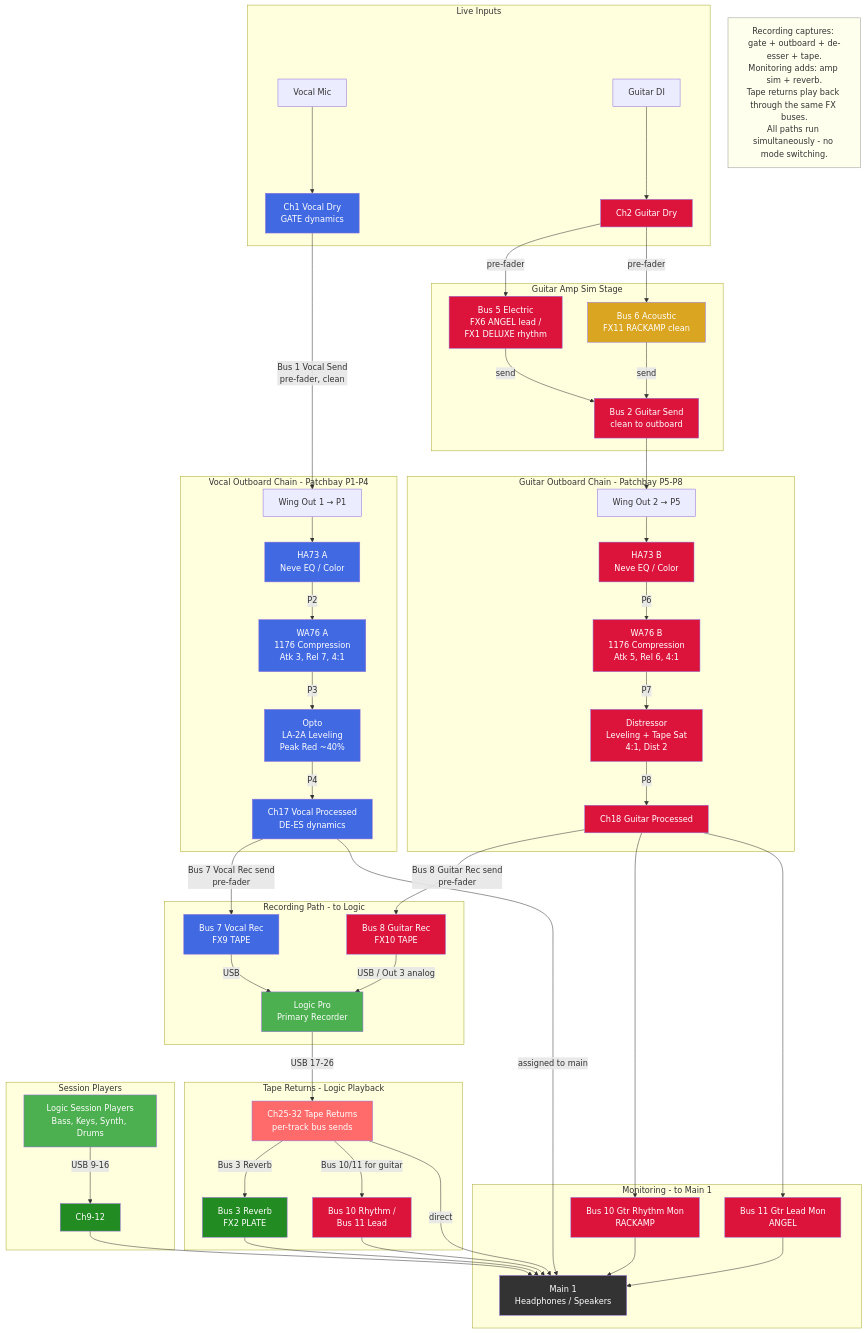
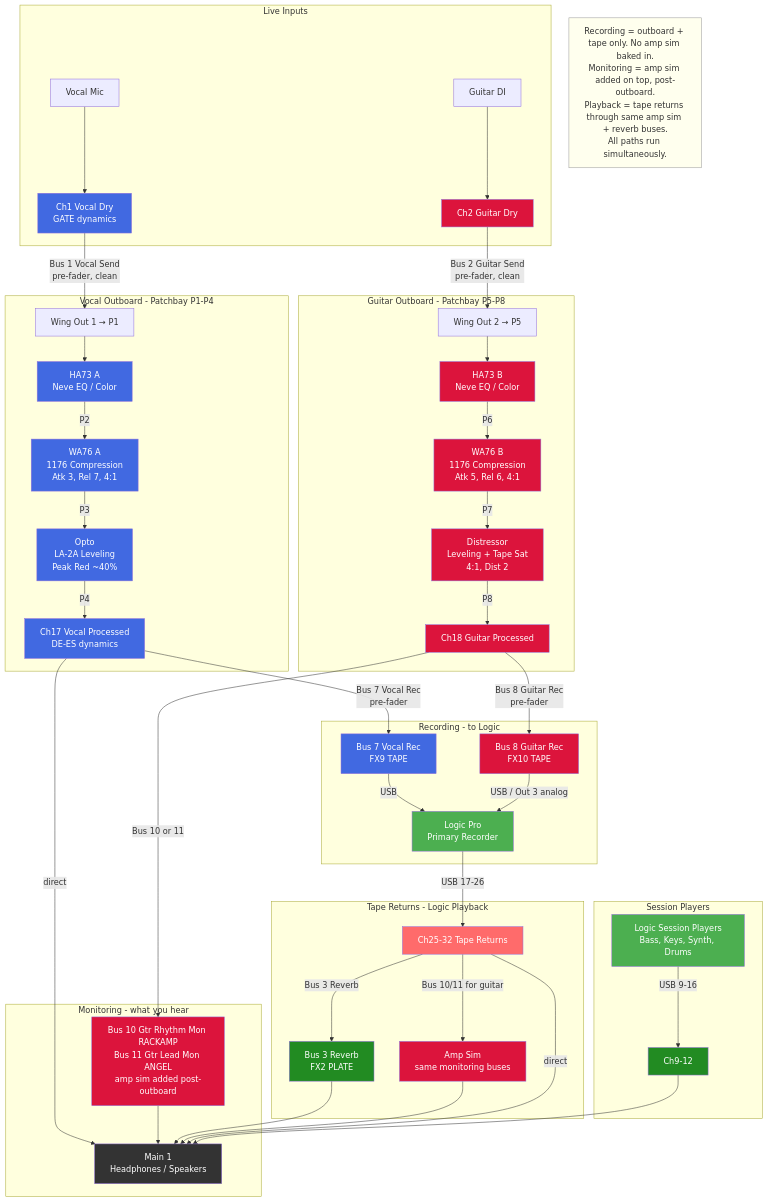
Before and after one commit to ldenman/studio-setup: the diagram in docs/signal-chains.mmd, drawn with Mermaid. The commit also changed 1 other file, not shown here.

Commit message:
Simplify signal chain diagram: remove pre-outboard amp sim stage
Guitar now goes clean through outboard (Bus 2 direct). Amp sim
only appears in the monitoring section (Bus 10/11 post-outboard)
where it belongs. Clearer flow, matches current architecture.

https://claude.ai/code/session_01AVVCHeYnbUXDFFyTioKHMt

```diff
--- a/docs/signal-chains.mmd
+++ b/docs/signal-chains.mmd
@@ -1,84 +1,71 @@
 graph TD
     subgraph Live Inputs
         MIC[Vocal Mic] --> CH1[Ch1 Vocal Dry<br/>GATE dynamics]
         DI[Guitar DI] --> CH2[Ch2 Guitar Dry]
     end
 
-    subgraph Vocal Outboard Chain - Patchbay P1-P4
+    subgraph Vocal Outboard - Patchbay P1-P4
         CH1 -->|Bus 1 Vocal Send<br/>pre-fader, clean| OUT1[Wing Out 1 → P1]
         OUT1 --> HA73A[HA73 A<br/>Neve EQ / Color]
         HA73A -->|P2| WA76A[WA76 A<br/>1176 Compression<br/>Atk 3, Rel 7, 4:1]
         WA76A -->|P3| OPTO[Opto<br/>LA-2A Leveling<br/>Peak Red ~40%]
         OPTO -->|P4| CH17[Ch17 Vocal Processed<br/>DE-ES dynamics]
     end
 
-    subgraph Guitar Amp Sim Stage
-        CH2 -->|pre-fader| BUS5[Bus 5 Electric<br/>FX6 ANGEL lead /<br/>FX1 DELUXE rhythm]
-        CH2 -->|pre-fader| BUS6[Bus 6 Acoustic<br/>FX11 RACKAMP clean]
-        BUS5 -->|send| BUS2[Bus 2 Guitar Send<br/>clean to outboard]
-        BUS6 -->|send| BUS2
-    end
-
-    subgraph Guitar Outboard Chain - Patchbay P5-P8
-        BUS2 --> OUT2[Wing Out 2 → P5]
+    subgraph Guitar Outboard - Patchbay P5-P8
+        CH2 -->|Bus 2 Guitar Send<br/>pre-fader, clean| OUT2[Wing Out 2 → P5]
         OUT2 --> HA73B[HA73 B<br/>Neve EQ / Color]
         HA73B -->|P6| WA76B[WA76 B<br/>1176 Compression<br/>Atk 5, Rel 6, 4:1]
         WA76B -->|P7| DIST[Distressor<br/>Leveling + Tape Sat<br/>4:1, Dist 2]
         DIST -->|P8| CH18[Ch18 Guitar Processed]
     end
 
-    subgraph Recording Path - to Logic
-        CH17 -->|Bus 7 Vocal Rec send<br/>pre-fader| BUS7[Bus 7 Vocal Rec<br/>FX9 TAPE]
-        CH18 -->|Bus 8 Guitar Rec send<br/>pre-fader| BUS8[Bus 8 Guitar Rec<br/>FX10 TAPE]
+    subgraph Recording - to Logic
+        CH17 -->|Bus 7 Vocal Rec<br/>pre-fader| BUS7[Bus 7 Vocal Rec<br/>FX9 TAPE]
+        CH18 -->|Bus 8 Guitar Rec<br/>pre-fader| BUS8[Bus 8 Guitar Rec<br/>FX10 TAPE]
         BUS7 -->|USB| LOGIC[Logic Pro<br/>Primary Recorder]
         BUS8 -->|USB / Out 3 analog| LOGIC
     end
 
-    subgraph Monitoring - to Main 1
-        CH17 -->|assigned to main| MAIN[Main 1<br/>Headphones / Speakers]
-        CH18 --> BUS10[Bus 10 Gtr Rhythm Mon<br/>RACKAMP]
-        CH18 --> BUS11[Bus 11 Gtr Lead Mon<br/>ANGEL]
-        BUS10 --> MAIN
-        BUS11 --> MAIN
+    subgraph Monitoring - what you hear
+        CH17 -->|direct| MAIN[Main 1<br/>Headphones / Speakers]
+        CH18 -->|Bus 10 or 11| AMP[Bus 10 Gtr Rhythm Mon RACKAMP<br/>Bus 11 Gtr Lead Mon ANGEL<br/>amp sim added post-outboard]
+        AMP --> MAIN
     end
 
     subgraph Tape Returns - Logic Playback
-        LOGIC -->|USB 17-26| TR[Ch25-32 Tape Returns<br/>per-track bus sends]
+        LOGIC -->|USB 17-26| TR[Ch25-32 Tape Returns]
         TR -->|Bus 3 Reverb| BUS3[Bus 3 Reverb<br/>FX2 PLATE]
-        TR -->|Bus 10/11 for guitar| BUS10B[Bus 10 Rhythm /<br/>Bus 11 Lead]
+        TR -->|Bus 10/11 for guitar| AMP2[Amp Sim<br/>same monitoring buses]
         BUS3 --> MAIN
-        BUS10B --> MAIN
+        AMP2 --> MAIN
         TR -->|direct| MAIN
     end
 
     subgraph Session Players
         SP[Logic Session Players<br/>Bass, Keys, Synth, Drums] -->|USB 9-16| CH9[Ch9-12] --> MAIN
     end
 
-    NOTE[Recording captures: gate + outboard + de-esser + tape.<br/>Monitoring adds: amp sim + reverb.<br/>Tape returns play back through the same FX buses.<br/>All paths run simultaneously - no mode switching.]
+    NOTE[Recording = outboard + tape only. No amp sim baked in.<br/>Monitoring = amp sim added on top, post-outboard.<br/>Playback = tape returns through same amp sim + reverb buses.<br/>All paths run simultaneously.]
 
     style CH1 fill:#4169E1,color:#fff
     style CH17 fill:#4169E1,color:#fff
     style BUS7 fill:#4169E1,color:#fff
     style HA73A fill:#4169E1,color:#fff
     style WA76A fill:#4169E1,color:#fff
     style OPTO fill:#4169E1,color:#fff
     style CH2 fill:#DC143C,color:#fff
     style CH18 fill:#DC143C,color:#fff
     style BUS8 fill:#DC143C,color:#fff
     style HA73B fill:#DC143C,color:#fff
     style WA76B fill:#DC143C,color:#fff
     style DIST fill:#DC143C,color:#fff
-    style BUS5 fill:#DC143C,color:#fff
-    style BUS6 fill:#DAA520,color:#fff
-    style BUS2 fill:#DC143C,color:#fff
-    style BUS10 fill:#DC143C,color:#fff
-    style BUS11 fill:#DC143C,color:#fff
-    style BUS10B fill:#DC143C,color:#fff
+    style AMP fill:#DC143C,color:#fff
+    style AMP2 fill:#DC143C,color:#fff
     style BUS3 fill:#228B22,color:#fff
     style LOGIC fill:#4CAF50,color:#fff
     style MAIN fill:#333,color:#fff
     style TR fill:#FF6B6B,color:#fff
     style SP fill:#4CAF50,color:#fff
     style CH9 fill:#228B22,color:#fff
     style NOTE fill:#ffe,stroke:#999
```
